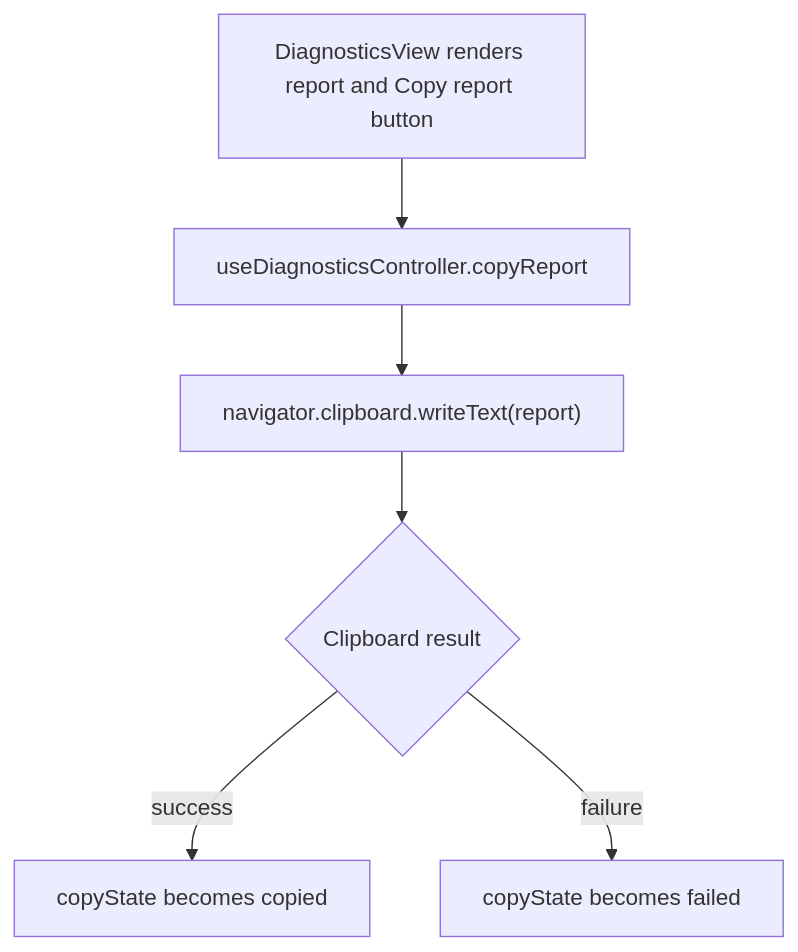
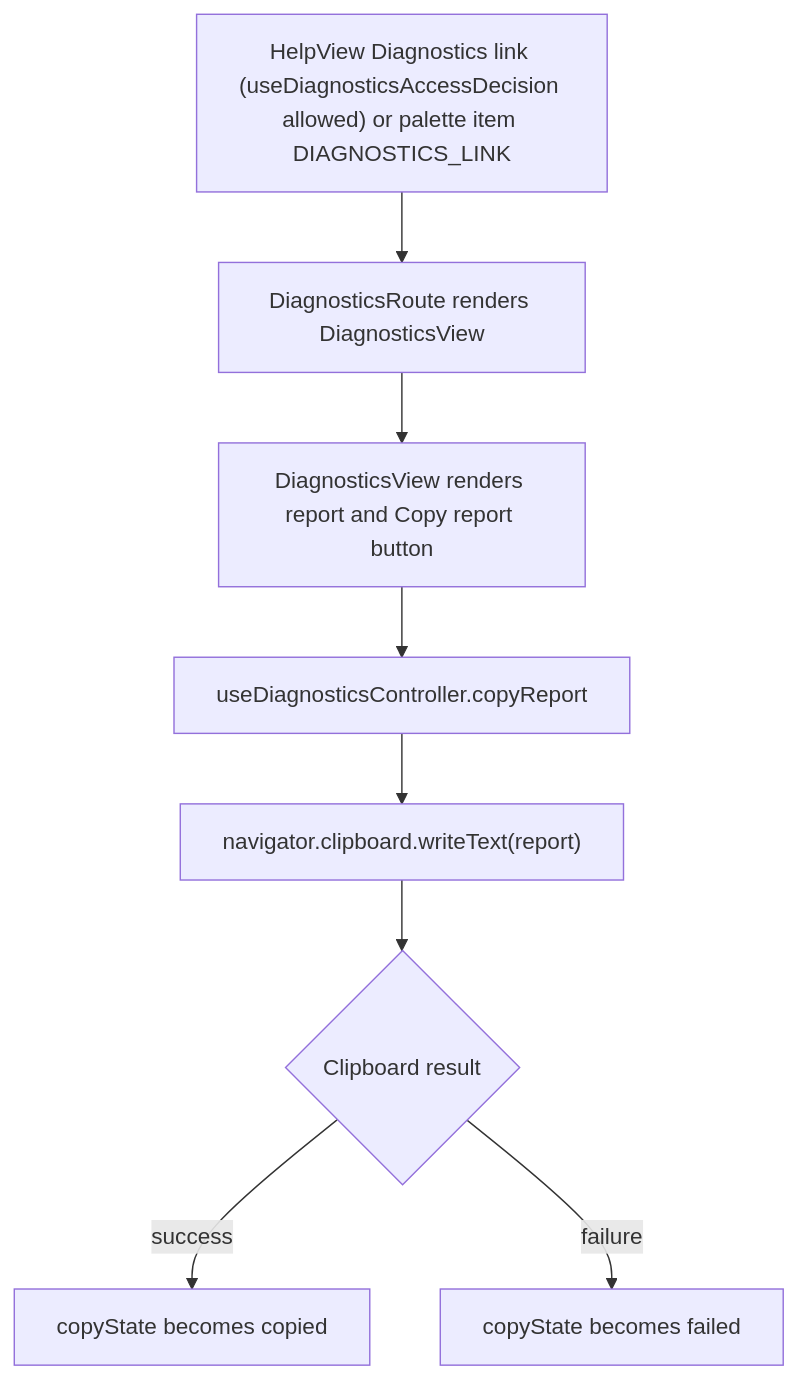
One commit to Kevinjohn/capacitylens changed the second of 2 diagrams in user-stories/settings/US-SET-16-diagnostics.md. Above: the diagram before and after it, drawn with Mermaid. The commit also changed other lines of this file and 35 other files, not shown here.

````diff
--- a/user-stories/settings/US-SET-16-diagnostics.md
+++ b/user-stories/settings/US-SET-16-diagnostics.md
@@ -27,8 +29,9 @@
 ```mermaid
 flowchart TD
-  view["DiagnosticsView renders report and Copy report button"] --> controller["useDiagnosticsController.copyReport"]
+  entry["HelpView Diagnostics link (useDiagnosticsAccessDecision allowed) or palette item DIAGNOSTICS_LINK"] --> route["DiagnosticsRoute renders DiagnosticsView"]
+  route --> view["DiagnosticsView renders report and Copy report button"] --> controller["useDiagnosticsController.copyReport"]
   controller --> clipboard["navigator.clipboard.writeText(report)"]
   clipboard --> state{"Clipboard result"}
   state -->|"success"| copied["copyState becomes copied"]
   state -->|"failure"| failed["copyState becomes failed"]
 ```
````
